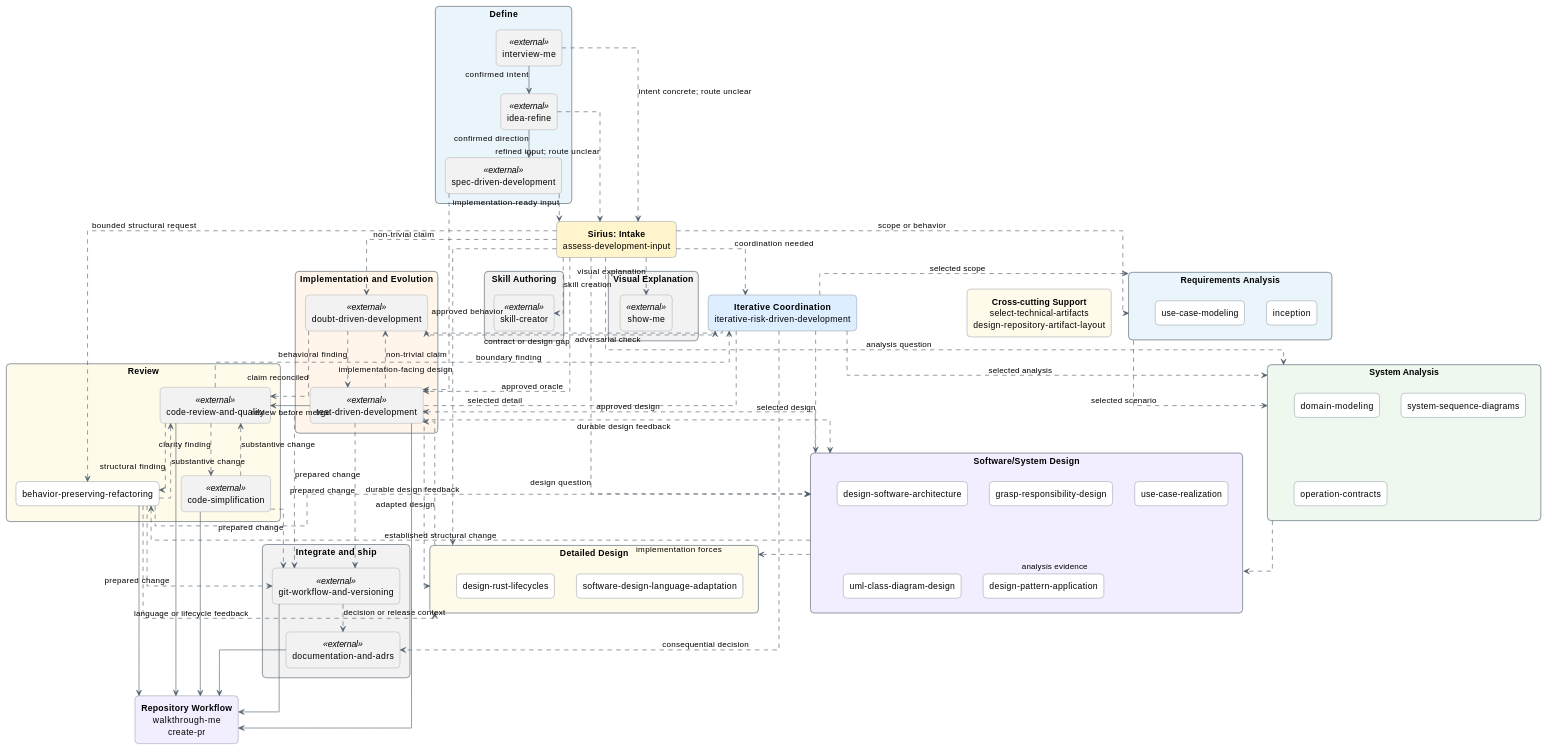
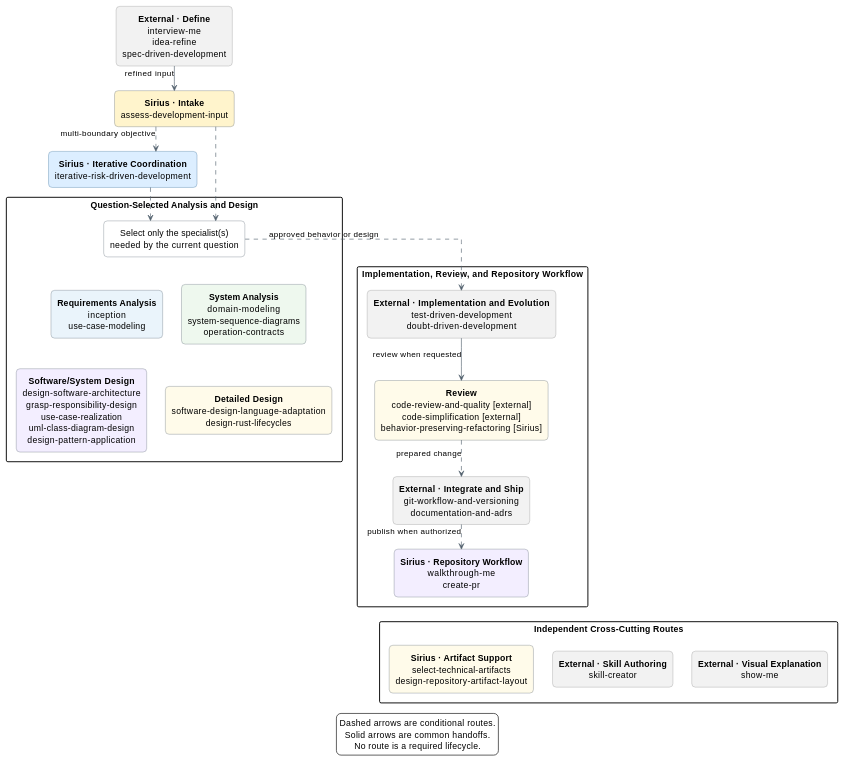
The first of 4 diagrams in catalog/skill-relationships.md (sirius-cc-wu/sirius-skills), drawn with PlantUML before and after one commit. The commit also changed other lines of this file and 4 other files, not shown here.

````diff
--- a/catalog/skill-relationships.md
+++ b/catalog/skill-relationships.md
@@ -23,8 +23,9 @@
 skinparam defaultFontName Arial
 skinparam defaultTextAlignment center
 skinparam ArrowColor #52606D
-skinparam nodesep 35
-skinparam ranksep 45
+skinparam nodesep 30
+skinparam ranksep 40
+hide stereotype
 skinparam rectangle {
   BackgroundColor #FFFFFF
   BorderColor #52606D
@@ -34,123 +35,120 @@
   BackgroundColor #F2F2F2
   BorderColor #888888
 }
-
-package "Define" as addyDefine #EAF4FB {
-  rectangle "interview-me" as addyInterview <<external>>
-  rectangle "idea-refine" as addyIdea <<external>>
-  rectangle "spec-driven-development" as addySpec <<external>>
+skinparam rectangle<<coordinator>> {
+  BackgroundColor #DCEEFF
+  BorderColor #2F6690
 }
 
-package "Implementation and Evolution" as implementationPhase #FFF5EA {
-  rectangle "doubt-driven-development" as addyDoubt <<external>>
-  rectangle "test-driven-development" as addyTdd <<external>>
+rectangle define <<external>> [
+**External · Define**
+interview-me
+idea-refine
+spec-driven-development
+]
+rectangle assess #FFF4CC [
+**Sirius · Intake**
+assess-development-input
+]
+rectangle iterative <<coordinator>> [
+**Sirius · Iterative Coordination**
+iterative-risk-driven-development
+]
+
+package "Question-Selected Analysis and Design" as analysis {
+  rectangle specialist [
+  Select only the specialist(s)
+  needed by the current question
+  ]
+  rectangle requirements #EAF4FB [
+  **Requirements Analysis**
+  inception
+  use-case-modeling
+  ]
+  rectangle systemAnalysis #EEF8EE [
+  **System Analysis**
+  domain-modeling
+  system-sequence-diagrams
+  operation-contracts
+  ]
+  rectangle softwareDesign #F3EEFF [
+  **Software/System Design**
+  design-software-architecture
+  grasp-responsibility-design
+  use-case-realization
+  uml-class-diagram-design
+  design-pattern-application
+  ]
+  rectangle detailedDesign #FFFBEA [
+  **Detailed Design**
+  software-design-language-adaptation
+  design-rust-lifecycles
+  ]
+
+  specialist -[hidden]down-> requirements
+  requirements -[hidden]right-> systemAnalysis
+  requirements -[hidden]down-> softwareDesign
+  softwareDesign -[hidden]right-> detailedDesign
 }
 
-package "Review" as reviewPhase #FFFBEA {
-  rectangle "code-review-and-quality" as addyReview <<external>>
-  rectangle "code-simplification" as addySimplify <<external>>
-  rectangle "behavior-preserving-refactoring" as refactoring
+package "Implementation, Review, and Repository Workflow" as delivery {
+  rectangle implementation <<external>> [
+  **External · Implementation and Evolution**
+  test-driven-development
+  doubt-driven-development
+  ]
+  rectangle review #FFFBEA [
+  **Review**
+  code-review-and-quality [external]
+  code-simplification [external]
+  behavior-preserving-refactoring [Sirius]
+  ]
+  rectangle integrate <<external>> [
+  **External · Integrate and Ship**
+  git-workflow-and-versioning
+  documentation-and-adrs
+  ]
+  rectangle repository #F3EEFF [
+  **Sirius · Repository Workflow**
+  walkthrough-me
+  create-pr
+  ]
+
+  implementation --> review : review when requested
+  review ..> integrate : prepared change
+  integrate ..> repository : publish when authorized
 }
 
-package "Integrate and ship" as addyShipPhase #F2F2F2 {
-  rectangle "git-workflow-and-versioning" as addyGit <<external>>
-  rectangle "documentation-and-adrs" as addyDocs <<external>>
+package "Independent Cross-Cutting Routes" as crosscutting {
+  rectangle support #FFFBEA [
+  **Sirius · Artifact Support**
+  select-technical-artifacts
+  design-repository-artifact-layout
+  ]
+  rectangle authoring <<external>> [
+  **External · Skill Authoring**
+  skill-creator
+  ]
+  rectangle visual <<external>> [
+  **External · Visual Explanation**
+  show-me
+  ]
+
+  support -[hidden]right-> authoring
+  authoring -[hidden]right-> visual
 }
 
-package "Skill Authoring" as openaiAuthoring #F2F2F2 {
-  rectangle "skill-creator" as openaiSkillCreator <<external>>
-}
+define --> assess : refined input
+assess ..> iterative : multi-boundary objective
+assess ..> specialist
+iterative ..> specialist
+specialist ..> implementation : approved behavior or design
+repository -[hidden]down-> support
 
-package "Visual Explanation" as humanlayerExplanation #F2F2F2 {
-  rectangle "show-me" as humanlayerShowMe <<external>>
-}
-
-rectangle "**Sirius: Intake**\nassess-development-input" as assess #FFF4CC
-
-rectangle "**Iterative Coordination**\niterative-risk-driven-development" as iterative #DCEEFF
-
-package "Requirements Analysis" as requirements #EAF4FB {
-  rectangle "inception" as inception
-  rectangle "use-case-modeling" as usecases
-}
-
-package "System Analysis" as systemAnalysis #EEF8EE {
-  rectangle "domain-modeling" as domain
-  rectangle "system-sequence-diagrams" as ssd
-  rectangle "operation-contracts" as contracts
-}
-
-package "Software/System Design" as softwareDesign #F3EEFF {
-  rectangle "design-software-architecture" as architecture
-  rectangle "grasp-responsibility-design" as grasp
-  rectangle "use-case-realization" as realization
-  rectangle "uml-class-diagram-design" as classdiagram
-  rectangle "design-pattern-application" as patterns
-}
-
-package "Detailed Design" as detailedDesign #FFFBEA {
-  rectangle "software-design-language-adaptation" as language
-  rectangle "design-rust-lifecycles" as rust
-}
-
-rectangle "**Repository Workflow**\nwalkthrough-me\ncreate-pr" as repository #F3EEFF
-
-rectangle "**Cross-cutting Support**\nselect-technical-artifacts\ndesign-repository-artifact-layout" as support #FFFBEA
-
-assess -[hidden]right-> iterative
-iterative -[hidden]right-> support
-
-addyInterview --> addyIdea : confirmed intent
-addyIdea --> addySpec : confirmed direction
-addyIdea ..> assess : refined input; route unclear
-addyInterview ..> assess : intent concrete; route unclear
-addySpec ..> assess : implementation-ready input
-addySpec ..> addyTdd : approved behavior
-assess ..> iterative : coordination needed
-assess ..> requirements : scope or behavior
-assess ..> systemAnalysis : analysis question
-assess ..> softwareDesign : design question
-assess ..> detailedDesign : implementation-facing design
-assess ..> refactoring : bounded structural request
-assess ..> addyTdd : approved oracle
-assess ..> addyDoubt : non-trivial claim
-assess ..> openaiSkillCreator : skill creation
-assess ..> humanlayerShowMe : visual explanation
-iterative ..> requirements : selected scope
-iterative ..> systemAnalysis : selected analysis
-iterative ..> softwareDesign : selected design
-iterative ..> detailedDesign : selected detail
-iterative ..> addyDoubt : adversarial check
-requirements ..> systemAnalysis : selected scenario
-systemAnalysis ..> softwareDesign : analysis evidence
-softwareDesign ..> detailedDesign : implementation forces
-softwareDesign ..> refactoring : established structural change
-softwareDesign ..> addyTdd : approved design
-detailedDesign ..> addyTdd : adapted design
-iterative ..> addyDocs : consequential decision
-refactoring ..> softwareDesign : durable design feedback
-refactoring ..> detailedDesign : language or lifecycle feedback
-addyTdd ..> softwareDesign : durable design feedback
-addyTdd ..> addyDoubt : non-trivial claim
-addyDoubt ..> addyTdd : behavioral finding
-addyDoubt ..> iterative : contract or design gap
-addyDoubt ..> addyReview : claim reconciled
-addyTdd --> addyReview : review before merge
-addyReview ..> addySimplify : clarity finding
-addyReview ..> refactoring : structural finding
-addyReview ..> iterative : boundary finding
-addySimplify ..> addyReview : substantive change
-refactoring ..> addyReview : substantive change
-addyTdd ..> addyGit : prepared change
-addyReview ..> addyGit : prepared change
-addySimplify ..> addyGit : prepared change
-refactoring ..> addyGit : prepared change
-addyReview --> repository
-addySimplify --> repository
-refactoring --> repository
-addyGit ..> addyDocs : decision or release context
-addyGit --> repository
-addyDocs --> repository
-addyTdd --> repository
+legend bottom
+  Dashed arrows are conditional routes.
+  Solid arrows are common handoffs.
+  No route is a required lifecycle.
+endlegend
 @enduml
 ```
````
